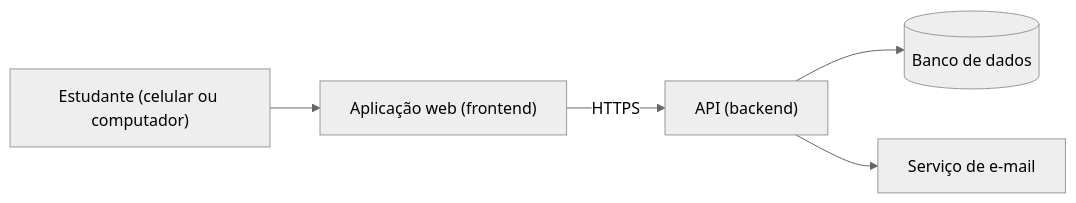
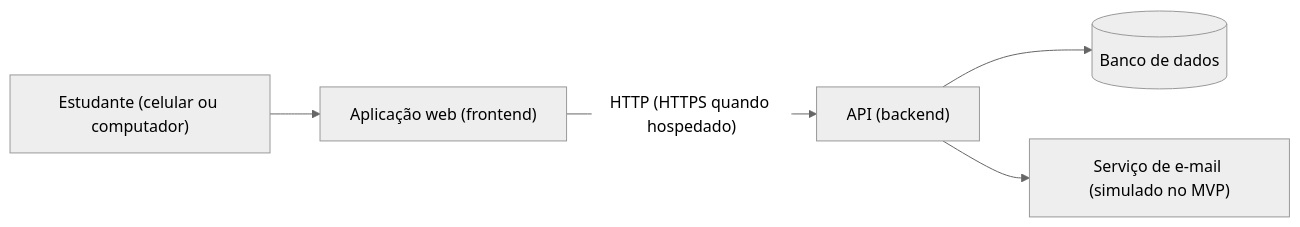
Before and after one commit to Lusca1337/Caroville: the first of 2 diagrams in README.md, drawn with Mermaid (neutral theme). The commit also changed other lines of this file and 60 other files, not shown here.

````diff
--- a/README.md
+++ b/README.md
@@ -30,7 +169,7 @@
 ```mermaid
 flowchart LR
   U["Estudante (celular ou computador)"] --> F["Aplicação web (frontend)"]
-  F -->|"HTTPS"| B["API (backend)"]
+  F -->|"HTTP (HTTPS quando hospedado)"| B["API (backend)"]
   B --> D[("Banco de dados")]
-  B --> E["Serviço de e-mail"]
+  B --> E["Serviço de e-mail (simulado no MVP)"]
 ```
````
